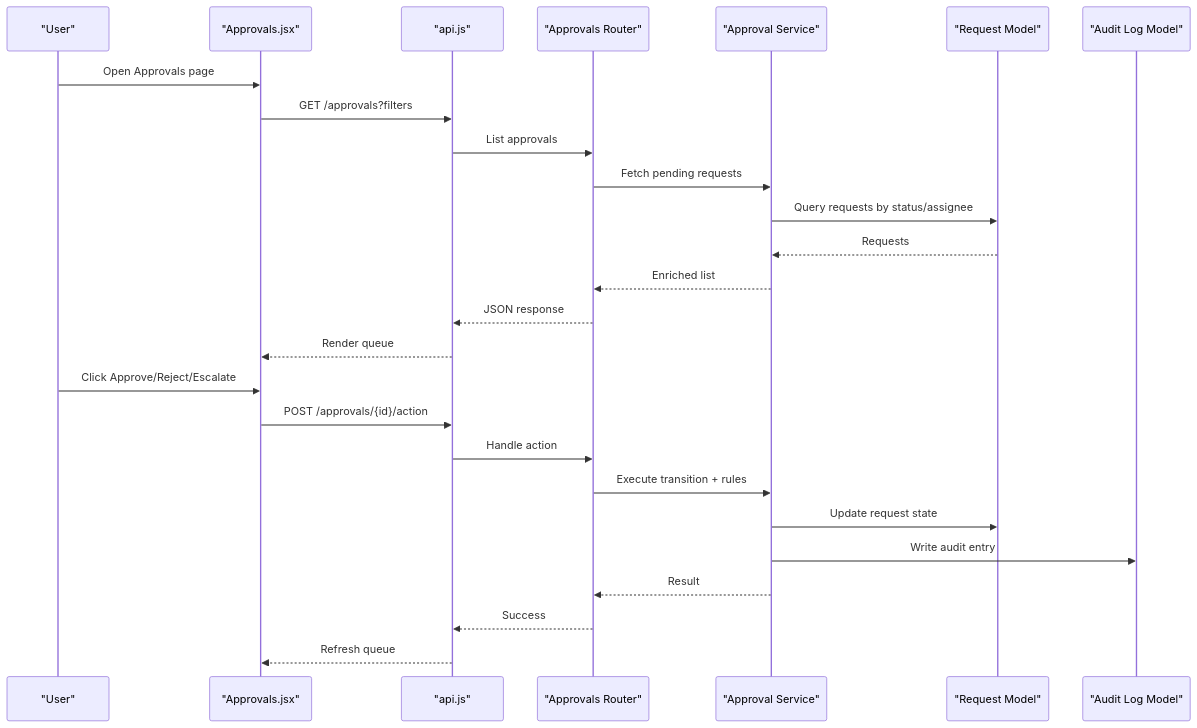
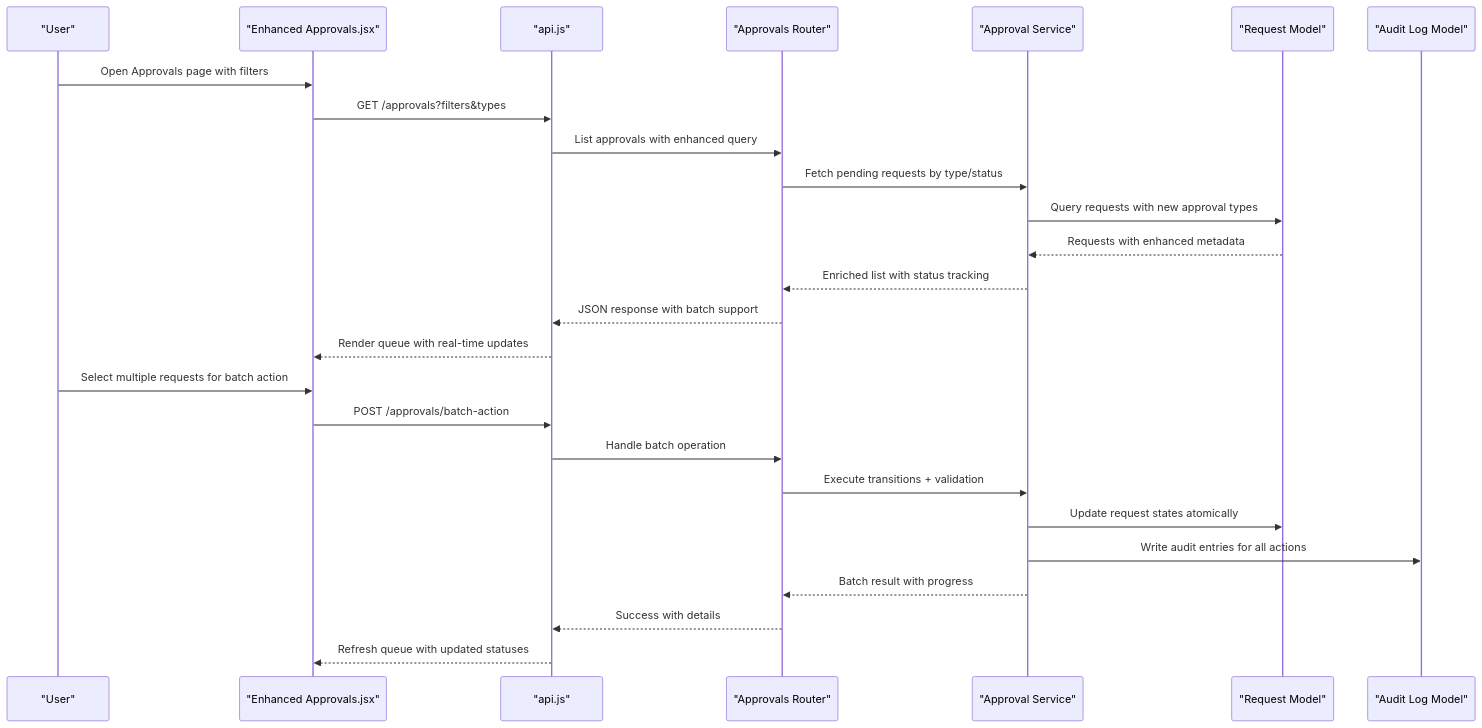
The second of 3 diagrams in .qoder/repowiki/en/content/Frontend Development/Page Components & Routing/Approval Workflow Management.md (14Lucifer/hackathon_ecs_creator), drawn with Mermaid before and after one commit. The commit also changed other lines of this file and 120 other files, not shown here.

````diff
--- a/.qoder/repowiki/en/content/Frontend Development/Page Components & Routing/Approval Workflow Management.md
+++ b/.qoder/repowiki/en/content/Frontend Development/Page Components & Routing/Approval Workflow Management.md
@@ -101,28 +118,28 @@
 ```mermaid
 sequenceDiagram
 participant U as "User"
-participant UI as "Approvals.jsx"
+participant UI as "Enhanced Approvals.jsx"
 participant API as "api.js"
 participant R as "Approvals Router"
 participant S as "Approval Service"
 participant RM as "Request Model"
 participant AM as "Audit Log Model"
-U->>UI : Open Approvals page
-UI->>API : GET /approvals?filters
-API->>R : List approvals
-R->>S : Fetch pending requests
-S->>RM : Query requests by status/assignee
-RM-->>S : Requests
-S-->>R : Enriched list
-R-->>API : JSON response
-API-->>UI : Render queue
-U->>UI : Click Approve/Reject/Escalate
-UI->>API : POST /approvals/{id}/action
-API->>R : Handle action
-R->>S : Execute transition + rules
-S->>RM : Update request state
-S->>AM : Write audit entry
-S-->>R : Result
-R-->>API : Success
-API-->>UI : Refresh queue
+U->>UI : Open Approvals page with filters
+UI->>API : GET /approvals?filters&types
+API->>R : List approvals with enhanced query
+R->>S : Fetch pending requests by type/status
+S->>RM : Query requests with new approval types
+RM-->>S : Requests with enhanced metadata
+S-->>R : Enriched list with status tracking
+R-->>API : JSON response with batch support
+API-->>UI : Render queue with real-time updates
+U->>UI : Select multiple requests for batch action
+UI->>API : POST /approvals/batch-action
+API->>R : Handle batch operation
+R->>S : Execute transitions + validation
+S->>RM : Update request states atomically
+S->>AM : Write audit entries for all actions
+S-->>R : Batch result with progress
+R-->>API : Success with details
+API-->>UI : Refresh queue with updated statuses
 ```
````
